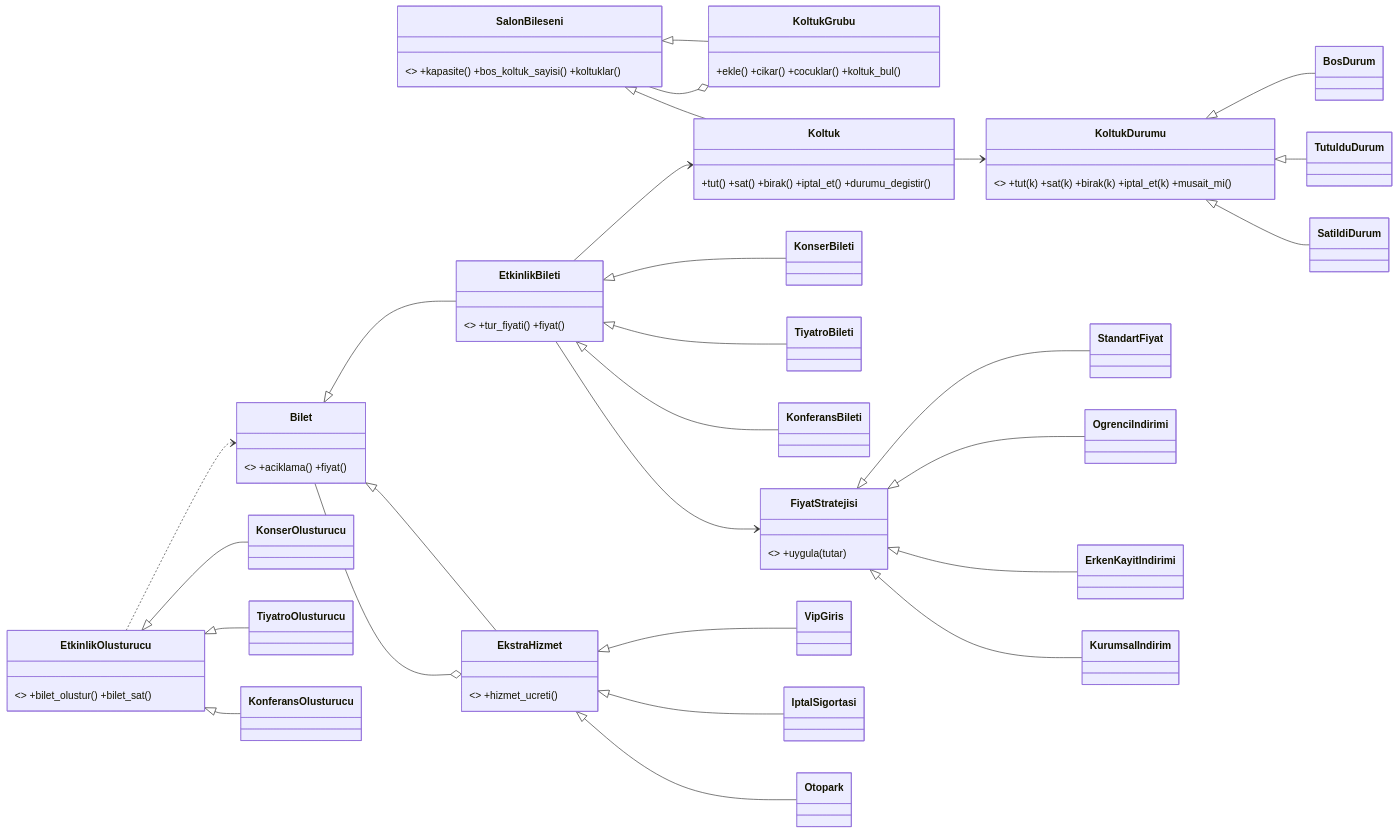
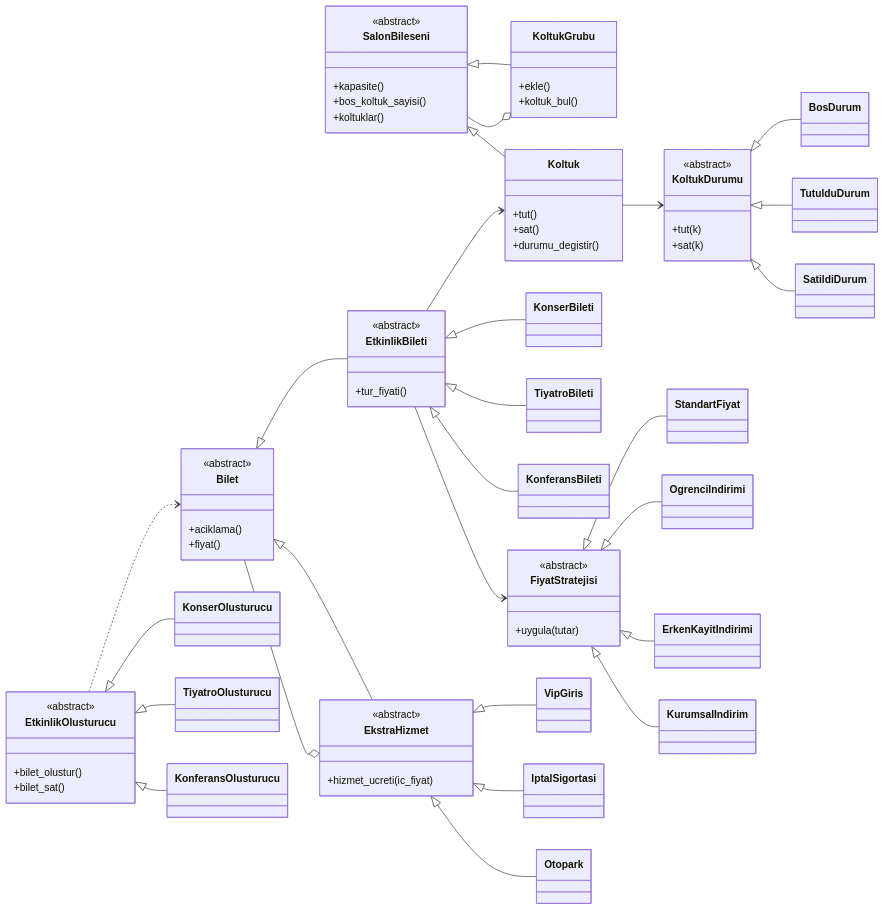
The eighth of 8 diagrams in docs/TASARIM.md (nazife-fdnl/bilet-sistemi), drawn with Mermaid before and after one commit. The commit also changed other lines of this file and 5 other files, not shown here.

````diff
--- a/docs/TASARIM.md
+++ b/docs/TASARIM.md
@@ -157,39 +295,72 @@
 ```mermaid
 classDiagram
     direction LR
-    class SalonBileseni { <<abstract>> +kapasite() +bos_koltuk_sayisi() +koltuklar() }
-    class KoltukGrubu { +ekle() +cikar() +cocuklar() +koltuk_bul() }
-    class Koltuk { +tut() +sat() +birak() +iptal_et() +durumu_degistir() }
+    class SalonBileseni {
+        <<abstract>>
+        +kapasite()
+        +bos_koltuk_sayisi()
+        +koltuklar()
+    }
+    class KoltukGrubu {
+        +ekle()
+        +koltuk_bul()
+    }
+    class Koltuk {
+        +tut()
+        +sat()
+        +durumu_degistir()
+    }
     SalonBileseni <|-- KoltukGrubu
     SalonBileseni <|-- Koltuk
     KoltukGrubu o-- SalonBileseni
-    class KoltukDurumu { <<abstract>> +tut(k) +sat(k) +birak(k) +iptal_et(k) +musait_mi() }
+    class KoltukDurumu {
+        <<abstract>>
+        +tut(k)
+        +sat(k)
+    }
     KoltukDurumu <|-- BosDurum
     KoltukDurumu <|-- TutulduDurum
     KoltukDurumu <|-- SatildiDurum
     Koltuk --> KoltukDurumu
-    class Bilet { <<abstract>> +aciklama() +fiyat() }
-    class EtkinlikBileti { <<abstract>> +tur_fiyati() +fiyat() }
+    class Bilet {
+        <<abstract>>
+        +aciklama()
+        +fiyat()
+    }
+    class EtkinlikBileti {
+        <<abstract>>
+        +tur_fiyati()
+    }
     Bilet <|-- EtkinlikBileti
     EtkinlikBileti <|-- KonserBileti
     EtkinlikBileti <|-- TiyatroBileti
     EtkinlikBileti <|-- KonferansBileti
     EtkinlikBileti --> Koltuk
-    class EtkinlikOlusturucu { <<abstract>> +bilet_olustur() +bilet_sat() }
+    class EtkinlikOlusturucu {
+        <<abstract>>
+        +bilet_olustur()
+        +bilet_sat()
+    }
     EtkinlikOlusturucu <|-- KonserOlusturucu
     EtkinlikOlusturucu <|-- TiyatroOlusturucu
     EtkinlikOlusturucu <|-- KonferansOlusturucu
     EtkinlikOlusturucu ..> Bilet
-    class FiyatStratejisi { <<abstract>> +uygula(tutar) }
+    class FiyatStratejisi {
+        <<abstract>>
+        +uygula(tutar)
+    }
     FiyatStratejisi <|-- StandartFiyat
     FiyatStratejisi <|-- OgrenciIndirimi
     FiyatStratejisi <|-- ErkenKayitIndirimi
     FiyatStratejisi <|-- KurumsalIndirim
     EtkinlikBileti --> FiyatStratejisi
-    class EkstraHizmet { <<abstract>> +hizmet_ucreti() }
+    class EkstraHizmet {
+        <<abstract>>
+        +hizmet_ucreti(ic_fiyat)
+    }
     Bilet <|-- EkstraHizmet
     EkstraHizmet o-- Bilet
     EkstraHizmet <|-- VipGiris
     EkstraHizmet <|-- IptalSigortasi
     EkstraHizmet <|-- Otopark
 ```
````
